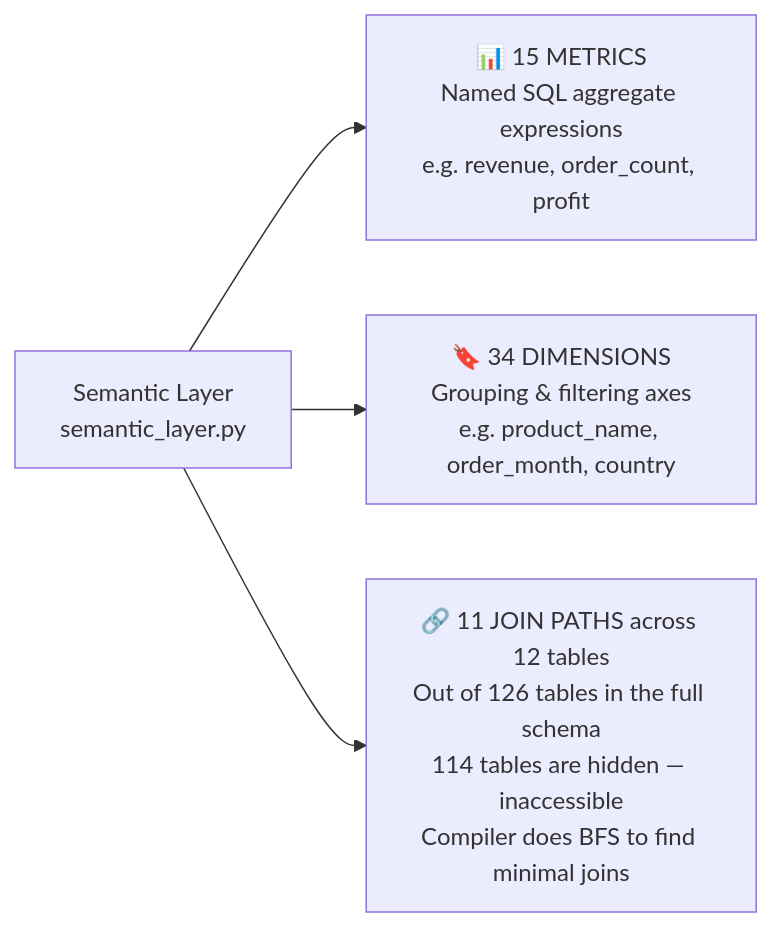
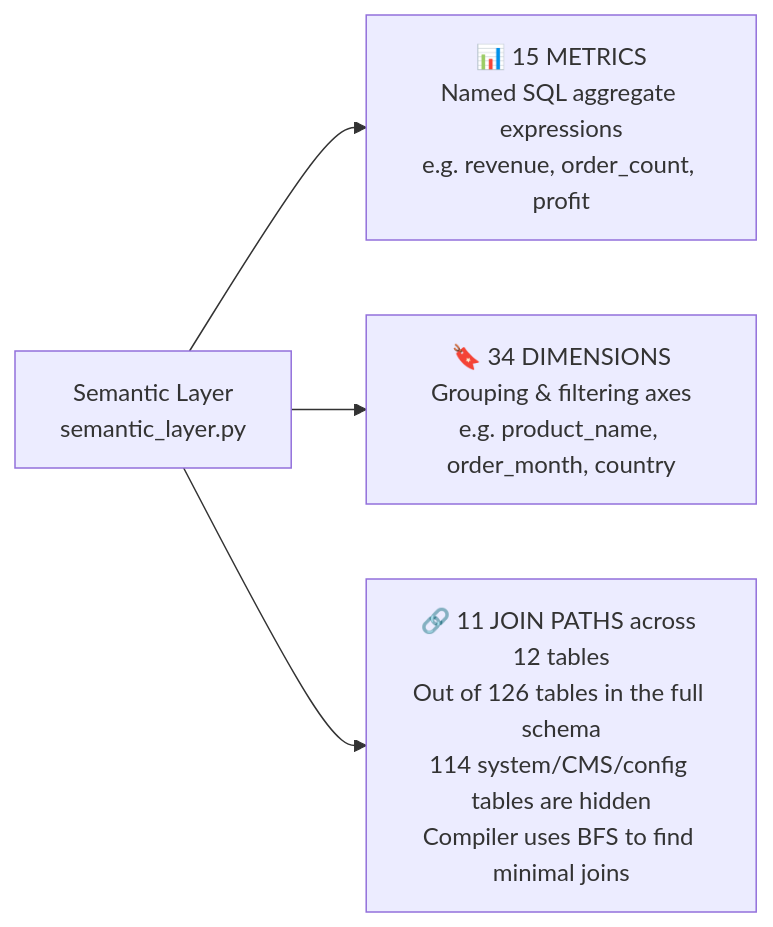
The third of 9 diagrams in EXPLAINER.md (md-riaz/AEGIS-Research), drawn with Mermaid before and after one commit. The commit also changed other lines of this file, not shown here.

First line of the commit message:
Expand EXPLAINER.md into full defense preparation guide

````diff
--- a/EXPLAINER.md
+++ b/EXPLAINER.md
@@ -102,12 +132,12 @@
 ```mermaid
 flowchart LR
     SL["Semantic Layer\nsemantic_layer.py"]
 
     M["📊 15 METRICS\nNamed SQL aggregate expressions\ne.g. revenue, order_count, profit"]
     D["🔖 34 DIMENSIONS\nGrouping & filtering axes\ne.g. product_name, order_month, country"]
-    J["🔗 11 JOIN PATHS across 12 tables\nOut of 126 tables in the full schema\n114 tables are hidden — inaccessible\nCompiler does BFS to find minimal joins"]
+    J["🔗 11 JOIN PATHS across 12 tables\nOut of 126 tables in the full schema\n114 system/CMS/config tables are hidden\nCompiler uses BFS to find minimal joins"]
 
     SL --> M
     SL --> D
     SL --> J
 ```
````
